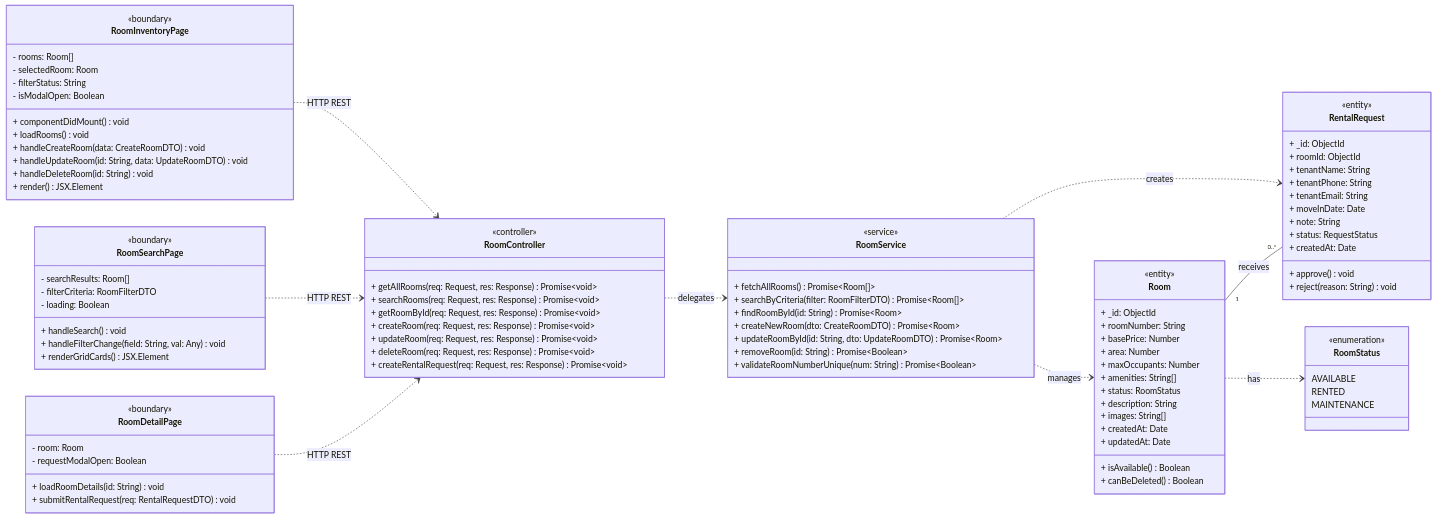
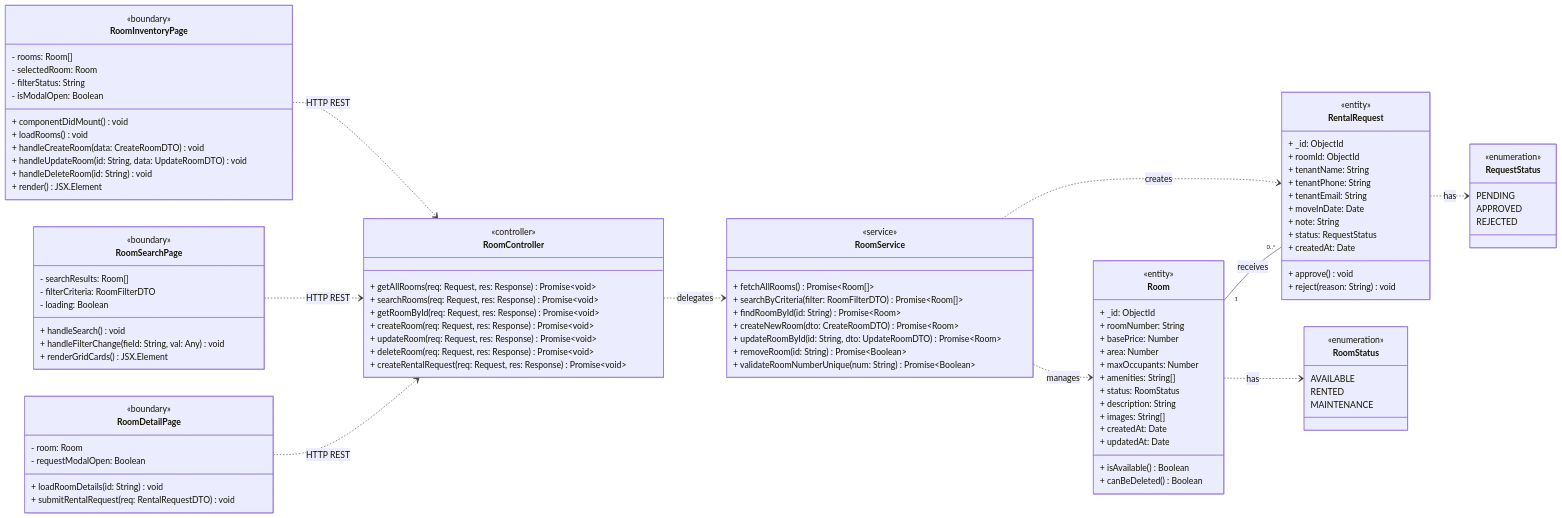
Before and after one commit to WanFJava/MotalManagementSystems: the first of 6 diagrams in docs/UML_ROOM_MODULE_QUANG.md, drawn with Mermaid. The commit also changed other lines of this file and 5 other files, not shown here.

Commit message:
docs(uml): translate all Class and Sequence Diagrams to 100% English

````diff
--- a/docs/UML_ROOM_MODULE_QUANG.md
+++ b/docs/UML_ROOM_MODULE_QUANG.md
@@ -124,6 +123,13 @@
         MAINTENANCE
     }
 
+    class RequestStatus {
+        <<enumeration>>
+        PENDING
+        APPROVED
+        REJECTED
+    }
+
     RoomInventoryPage ..> RoomController : HTTP REST
     RoomSearchPage ..> RoomController : HTTP REST
     RoomDetailPage ..> RoomController : HTTP REST
@@ -132,4 +138,5 @@
     RoomService ..> RentalRequest : creates
     Room "1" -- "0..*" RentalRequest : receives
     Room ..> RoomStatus : has
+    RentalRequest ..> RequestStatus : has
 ```
````
